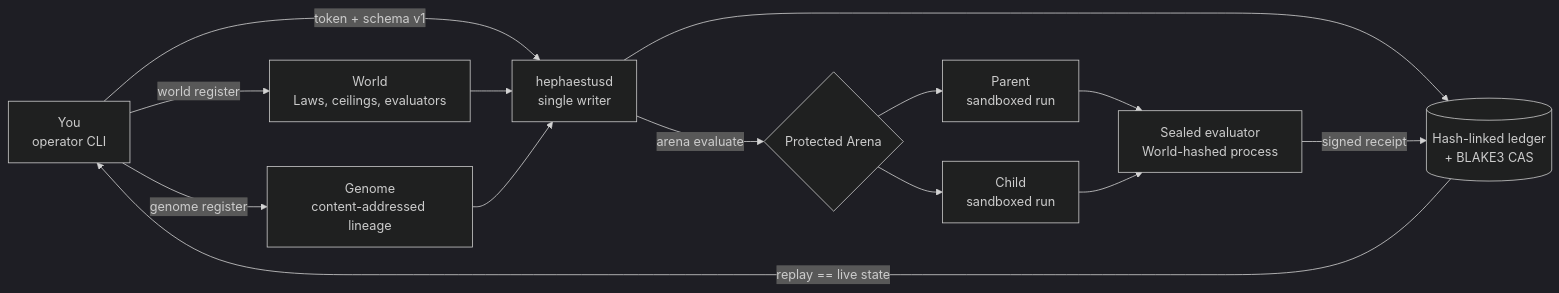
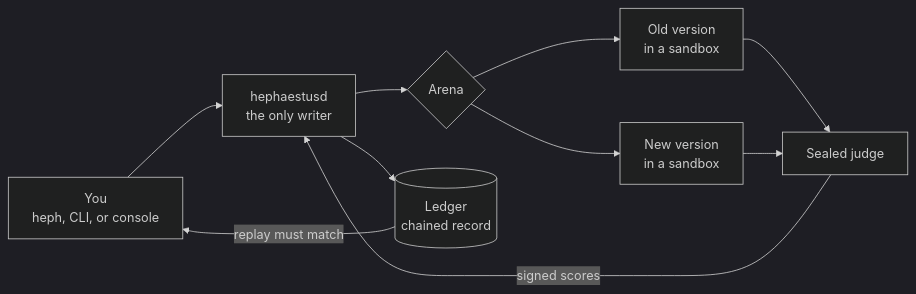
The diagram in README.md (randyren278/hephaestus), drawn with Mermaid (dark theme) before and after one commit. The commit also changed other lines of this file and 5 other files, not shown here.

First line of the commit message:
Rewrite the README and glossary in plain language, with diagrams and copyable install steps

````diff
--- a/README.md
+++ b/README.md
@@ -65,16 +197,12 @@
 ```mermaid
 flowchart LR
-    you["You<br/>operator CLI"] -- "token + schema v1" --> daemon["hephaestusd<br/>single writer"]
-    daemon --> ledger[("Hash-linked ledger<br/>+ BLAKE3 CAS")]
-    you -- "world register" --> world["World<br/>Laws, ceilings, evaluators"]
-    you -- "genome register" --> genome["Genome<br/>content-addressed lineage"]
-    world --> daemon
-    genome --> daemon
-    daemon -- "arena evaluate" --> arena{"Protected Arena"}
-    arena --> parent["Parent<br/>sandboxed run"]
-    arena --> child["Child<br/>sandboxed run"]
-    parent --> evaluator["Sealed evaluator<br/>World-hashed process"]
-    child --> evaluator
-    evaluator -- "signed receipt" --> ledger
-    ledger -- "replay == live state" --> you
+    you["You<br/>heph, CLI, or console"] --> daemon["hephaestusd<br/>the only writer"]
+    daemon --> arena{"Arena"}
+    arena --> old["Old version<br/>in a sandbox"]
+    arena --> new["New version<br/>in a sandbox"]
+    old --> judge["Sealed judge"]
+    new --> judge
+    judge -- "signed scores" --> daemon
+    daemon --> ledger[("Ledger<br/>chained record")]
+    ledger -- "replay must match" --> you
 ```
````
